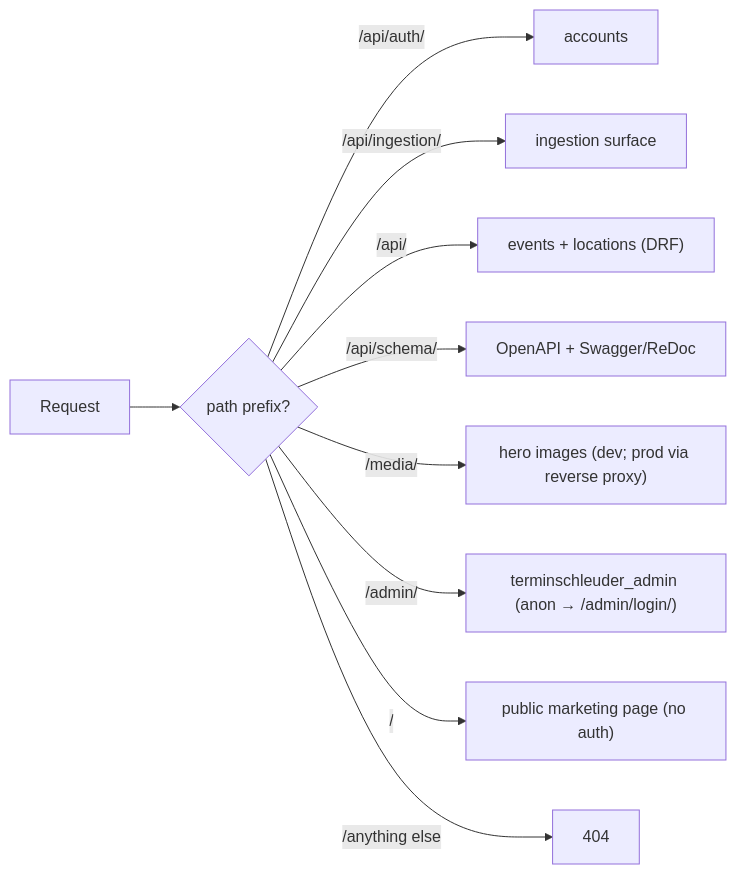
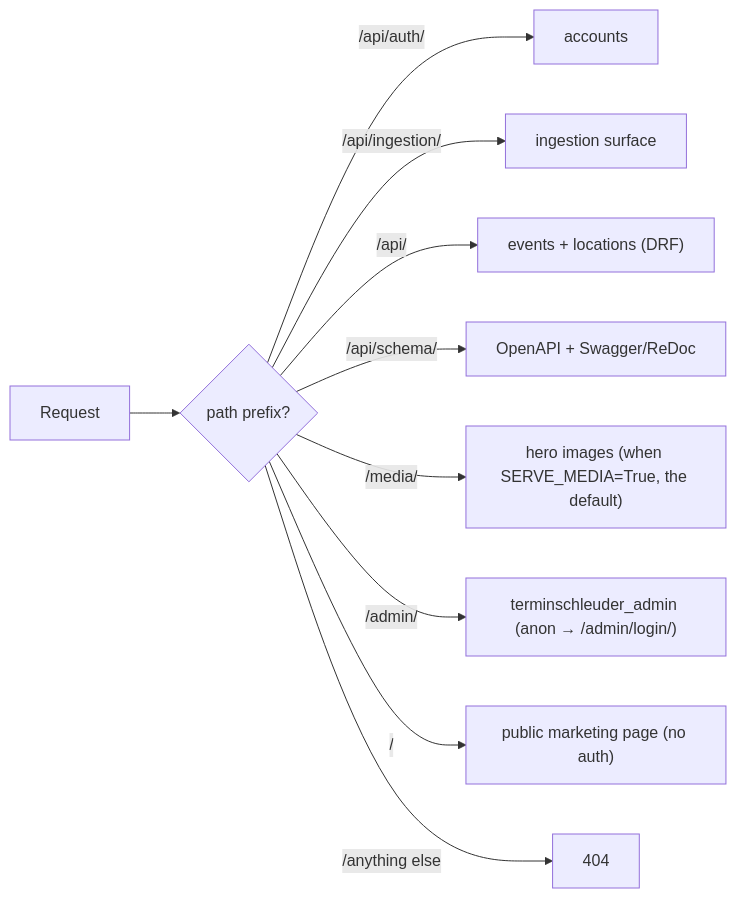
One commit to Terminschleuder/presentation changed the sixth of 6 diagrams in terminschleuder-overview.md. Above: the diagram before and after it, drawn with Mermaid. The commit also changed other lines of this file, not shown here.

First line of the commit message:
Deployment slide: self-bootstrapping backend container (bootstrap, whitenoise, SERVE_MEDIA)

````diff
--- a/terminschleuder-overview.md
+++ b/terminschleuder-overview.md
@@ -489,12 +490,12 @@
 ```mermaid
 flowchart LR
     R["Request"] --> P{"path prefix?"}
     P -->|"/api/auth/"| Auth["accounts"]
     P -->|"/api/ingestion/"| Ing["ingestion surface"]
     P -->|"/api/"| API["events + locations (DRF)"]
     P -->|"/api/schema/"| Schema["OpenAPI + Swagger/ReDoc"]
-    P -->|"/media/"| Media["hero images (dev; prod via reverse proxy)"]
+    P -->|"/media/"| Media["hero images (when SERVE_MEDIA=True, the default)"]
     P -->|"/admin/"| Back["terminschleuder_admin (anon → /admin/login/)"]
     P -->|"/"| Landing["public marketing page (no auth)"]
     P -->|"/anything else"| Nf["404"]
 ```
````
